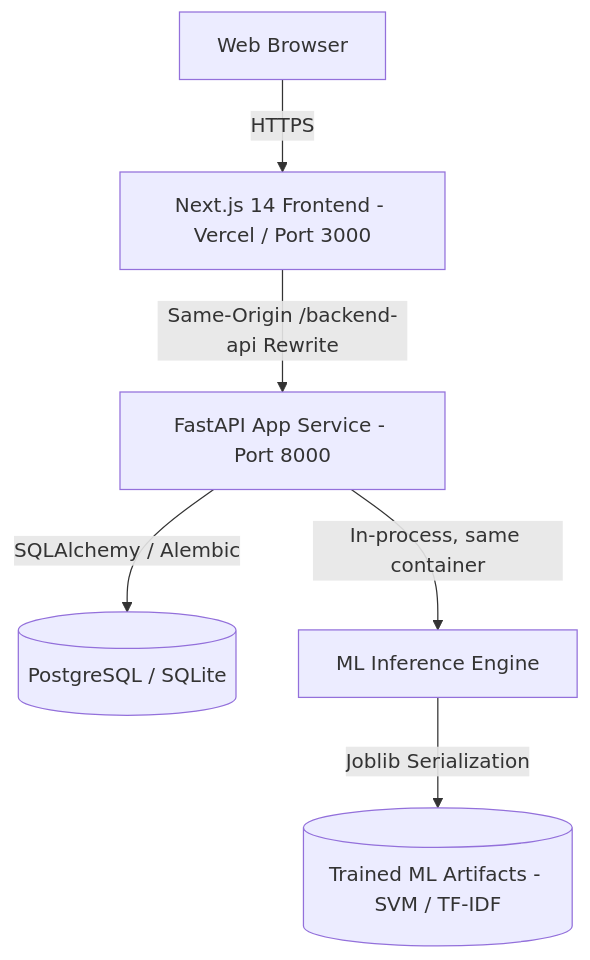
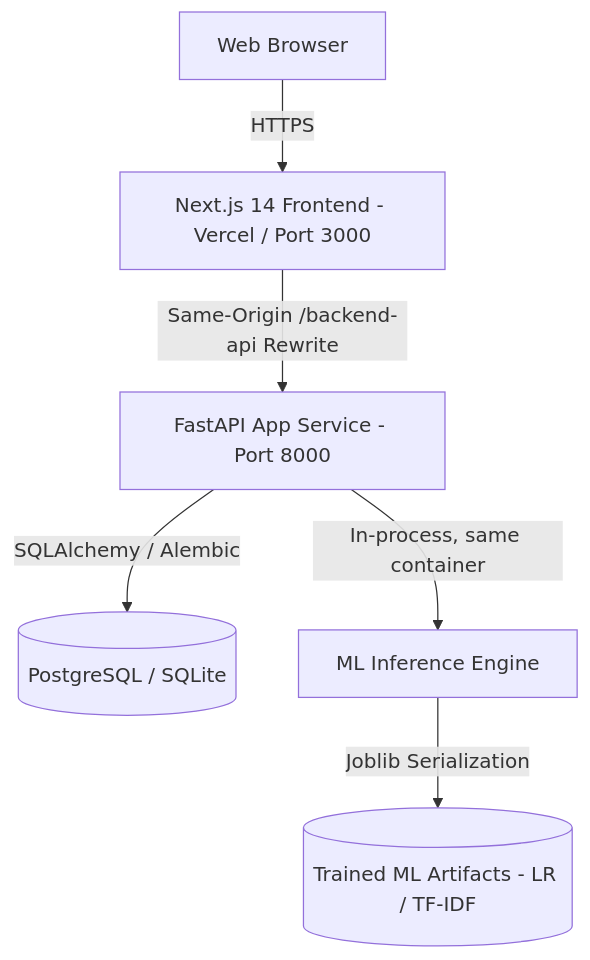
The diagram in README.md (priyamthakur275/ScamGuard-AI), drawn with Mermaid before and after one commit. The commit also changed other lines of this file and 45 other files, not shown here.

````diff
--- a/README.md
+++ b/README.md
@@ -44,8 +44,8 @@
 ```mermaid
 graph TD
     Client[Web Browser] -->|HTTPS| Frontend[Next.js 14 Frontend - Vercel / Port 3000]
     Frontend -->|Same-Origin /backend-api Rewrite| AppService[FastAPI App Service - Port 8000]
     AppService -->|SQLAlchemy / Alembic| DB[(PostgreSQL / SQLite)]
     AppService -->|In-process, same container| MLEngine[ML Inference Engine]
-    MLEngine -->|Joblib Serialization| ModelRegistry[(Trained ML Artifacts - SVM / TF-IDF)]
+    MLEngine -->|Joblib Serialization| ModelRegistry[(Trained ML Artifacts - LR / TF-IDF)]
 ```
````
